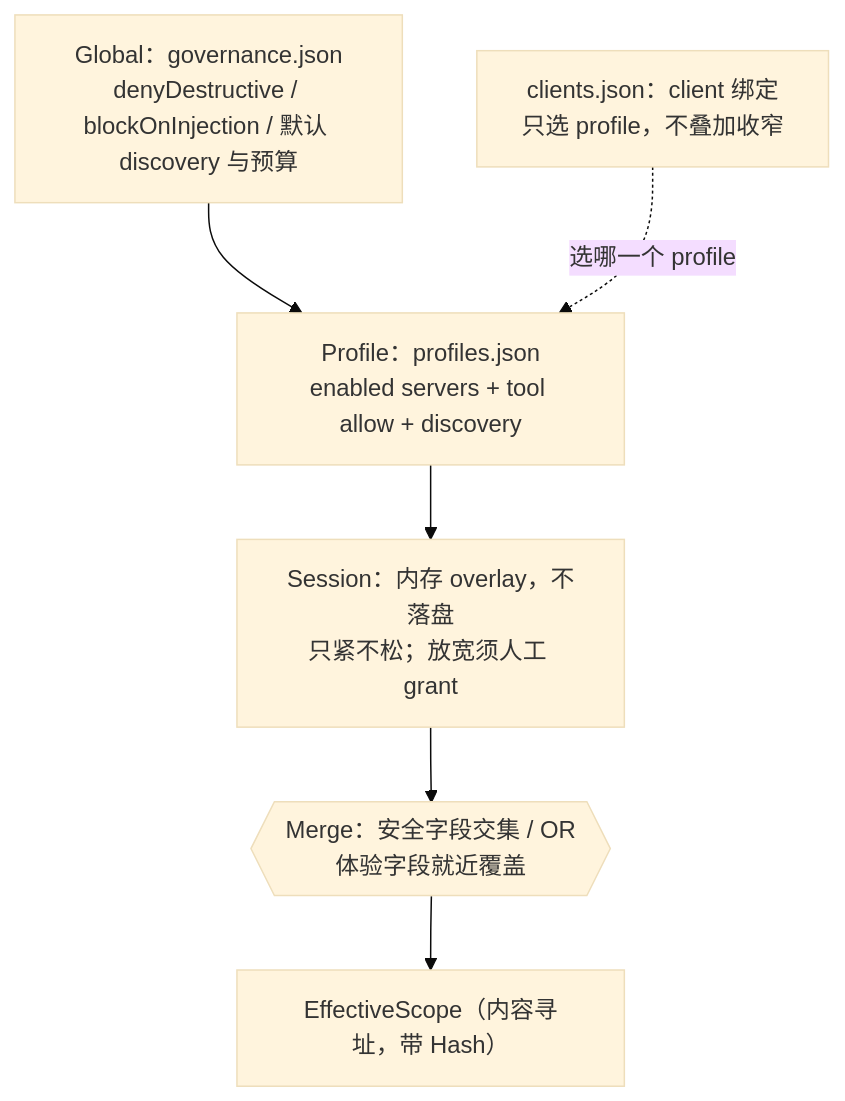
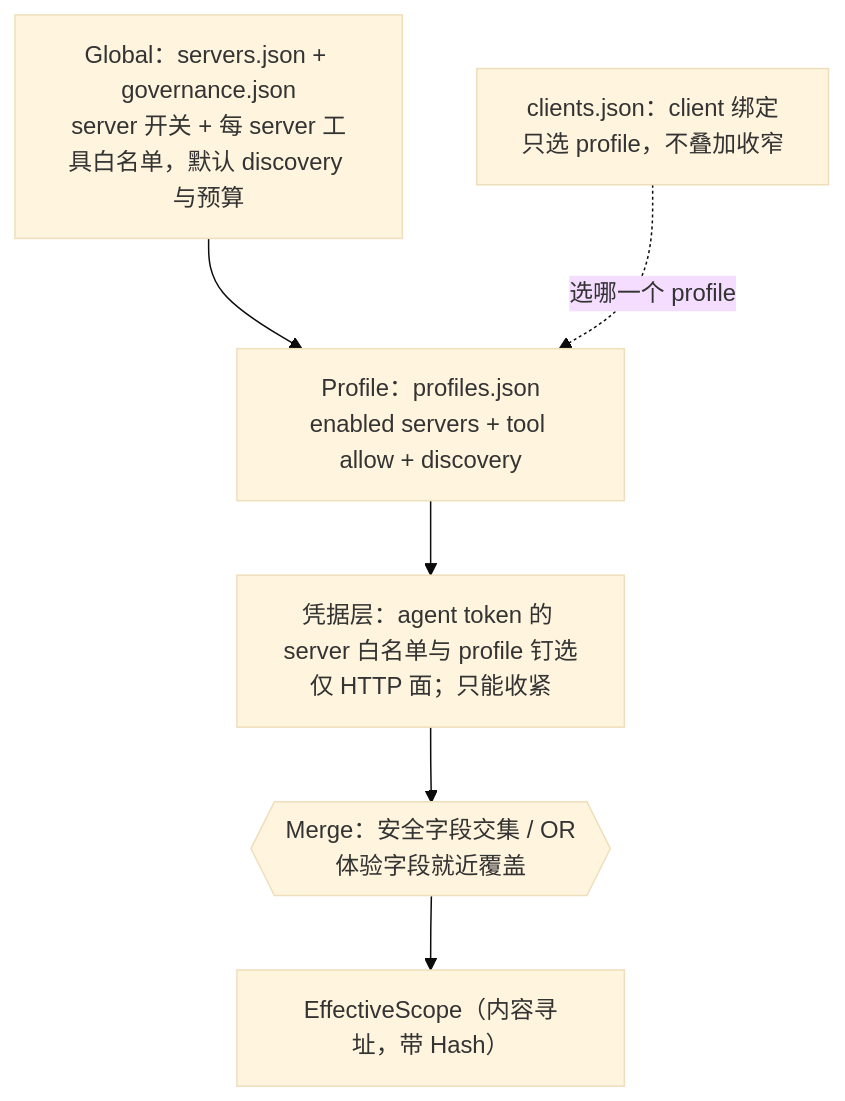
The seventh of 8 diagrams in docs/zh-CN/architecture.md (dinstein/agent-hub), drawn with Mermaid (base theme) before and after one commit. The commit also changed other lines of this file and 3 other files, not shown here.

````diff
--- a/docs/zh-CN/architecture.md
+++ b/docs/zh-CN/architecture.md
@@ -274,8 +271,8 @@
 ```mermaid
 flowchart TD
-    G["Global：governance.json<br/>denyDestructive / blockOnInjection / 默认 discovery 与预算"] --> P
+    G["Global：servers.json + governance.json<br/>server 开关 + 每 server 工具白名单，默认 discovery 与预算"] --> P
     P["Profile：profiles.json<br/>enabled servers + tool allow + discovery"] --> S
-    S["Session：内存 overlay，不落盘<br/>只紧不松；放宽须人工 grant"] --> M
+    S["凭据层：agent token 的 server 白名单与 profile 钉选<br/>仅 HTTP 面；只能收紧"] --> M
     M{{"Merge：安全字段交集 / OR<br/>体验字段就近覆盖"}} --> E["EffectiveScope（内容寻址，带 Hash）"]
     CL["clients.json：client 绑定<br/>只选 profile，不叠加收窄"] -. "选哪一个 profile" .-> P
 ```
````
